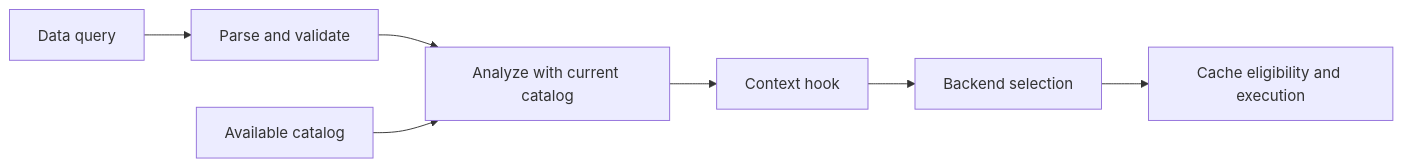
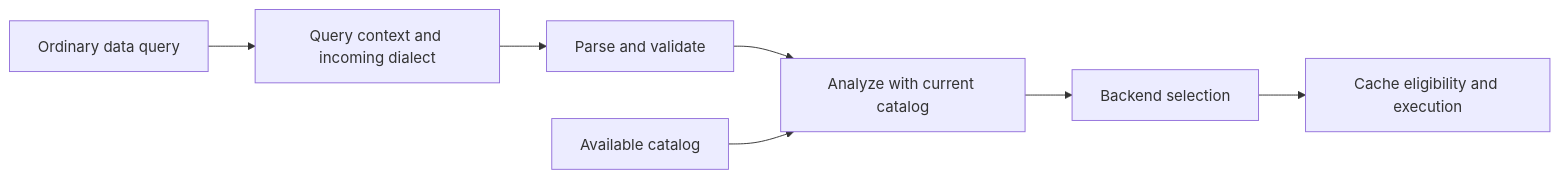
One commit to AbhiSinha08/yasp-analytics-proxy changed the second of 2 diagrams in docs/ast-lineage.md. Above: the diagram before and after it, drawn with Mermaid. The commit also changed other lines of this file and 75 other files, not shown here.

Commit message:
Refactor input options into query context

````diff
--- a/docs/ast-lineage.md
+++ b/docs/ast-lineage.md
@@ -114,9 +110,9 @@
 ```mermaid
 flowchart LR
-    SQL[Data query] --> Parse[Parse and validate]
+    SQL[Ordinary data query] --> Context[Query context and incoming dialect]
+    Context --> Parse[Parse and validate]
     Parse --> Analyze[Analyze with current catalog]
     Catalog[Available catalog] --> Analyze
-    Analyze --> Context[Context hook]
-    Context --> Select[Backend selection]
+    Analyze --> Select[Backend selection]
     Select --> Cache[Cache eligibility and execution]
 ```
````
